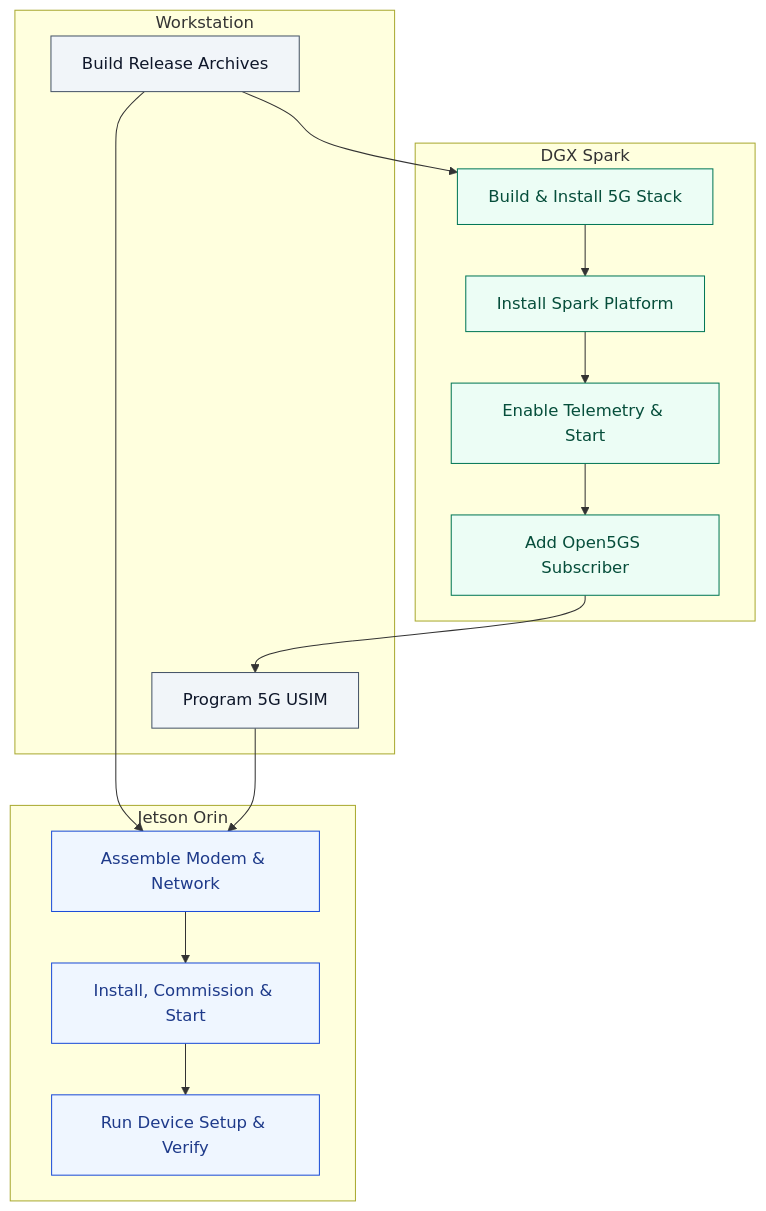
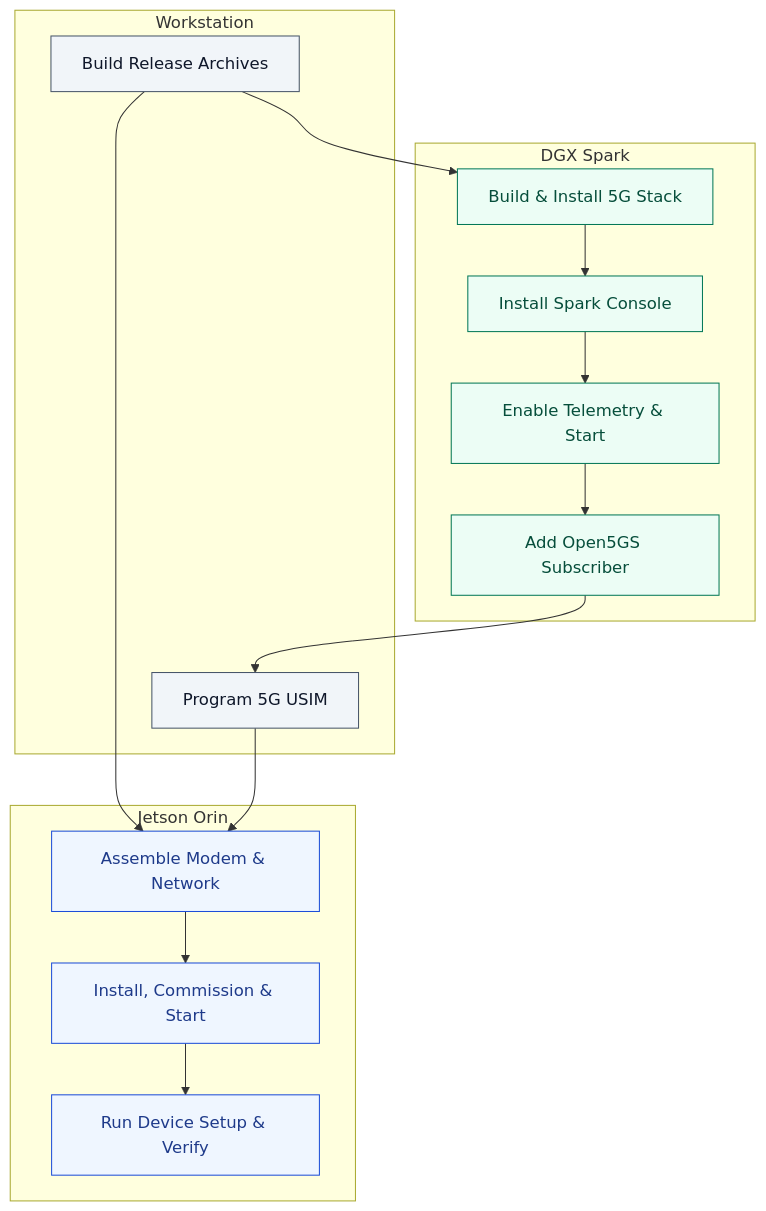
The diagram in docs/quickstart.md (HKUOpenSource/OpenAirKit), drawn with Mermaid before and after one commit. The commit also changed other lines of this file and 29 other files, not shown here.

Commit message:
docs: unify base-station console naming to Spark Console

````diff
--- a/docs/quickstart.md
+++ b/docs/quickstart.md
@@ -11,31 +11,31 @@
 ```mermaid
 flowchart TD
   classDef ws fill:#f1f5f9,stroke:#475569,color:#0f172a
   classDef spark fill:#ecfdf5,stroke:#047857,color:#064e3b
   classDef jetson fill:#eff6ff,stroke:#1d4ed8,color:#1e3a8a
 
   subgraph WS["Workstation"]
     S0["Build Release Archives"]:::ws
     S2B["Program 5G USIM"]:::ws
   end
 
   subgraph SPARK["DGX Spark"]
     S1A["Build & Install 5G Stack"]:::spark
-    S1B["Install Spark Platform"]:::spark
+    S1B["Install Spark Console"]:::spark
     S1C["Enable Telemetry & Start"]:::spark
     S2A["Add Open5GS Subscriber"]:::spark
     S1A --> S1B --> S1C --> S2A
   end
 
   subgraph JETSON["Jetson Orin"]
     S3A["Assemble Modem & Network"]:::jetson
     S3B["Install, Commission & Start"]:::jetson
     S4["Run Device Setup & Verify"]:::jetson
     S3A --> S3B --> S4
   end
 
   S0 --> S1A
   S0 --> S3A
   S2A --> S2B
   S2B --> S3A
 ```
````
